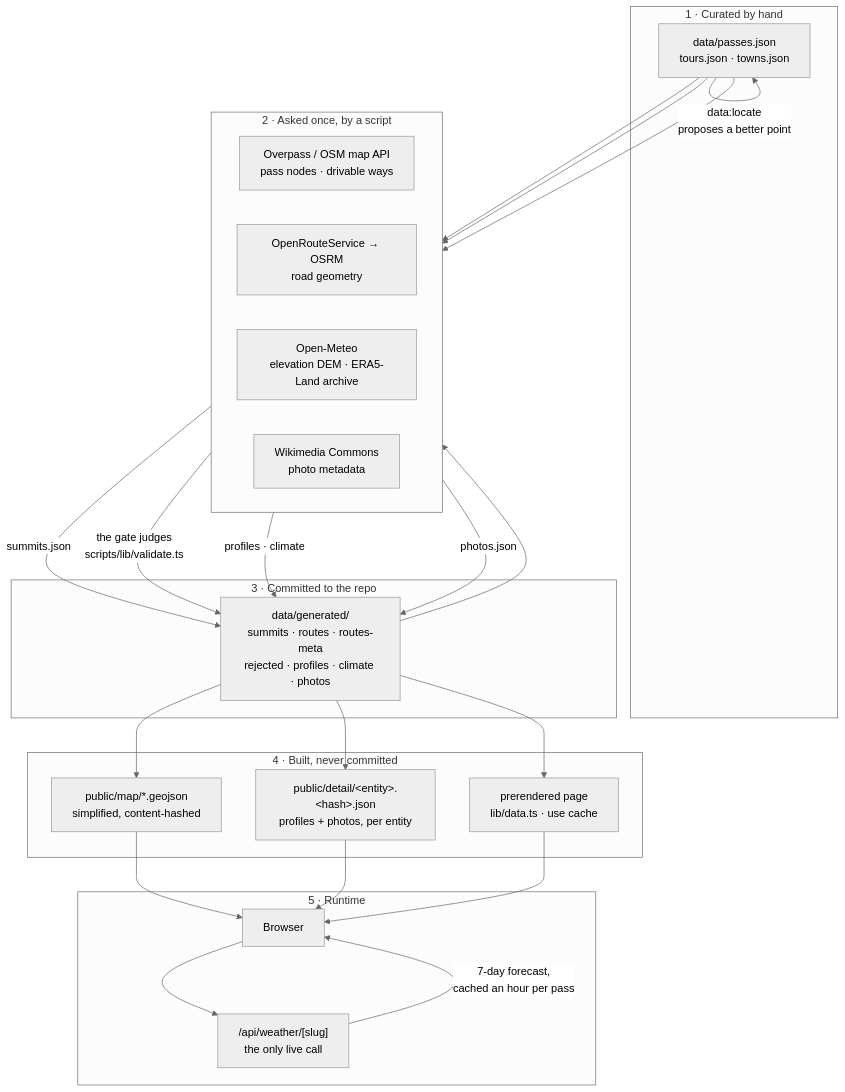
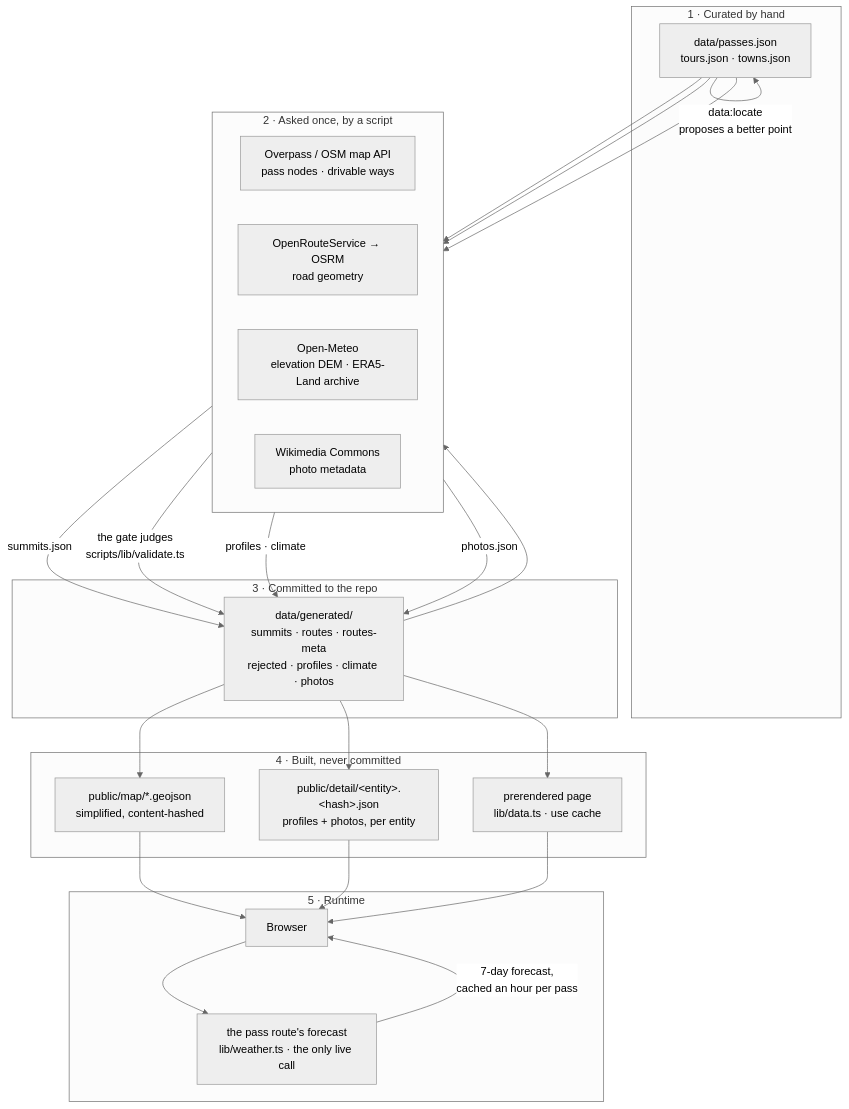
One commit to mdugue/alpen changed the first of 3 diagrams in docs/data-pipeline.md. Above: the diagram before and after it, drawn with Mermaid (neutral theme). The commit also changed 54 other files, not shown here.

````diff
--- a/docs/data-pipeline.md
+++ b/docs/data-pipeline.md
@@ -18,39 +18,39 @@
 ```mermaid
 flowchart TB
   subgraph hand["1 · Curated by hand"]
     P["data/passes.json<br/>tours.json · towns.json"]
   end
 
   subgraph net["2 · Asked once, by a script"]
     direction LR
     OSM["Overpass / OSM map API<br/>pass nodes · drivable ways"]
     RT["OpenRouteService → OSRM<br/>road geometry"]
     OM["Open-Meteo<br/>elevation DEM · ERA5-Land archive"]
     WC["Wikimedia Commons<br/>photo metadata"]
   end
 
   subgraph repo["3 · Committed to the repo"]
     G["data/generated/<br/>summits · routes · routes-meta<br/>rejected · profiles · climate · photos"]
   end
 
   subgraph build["4 · Built, never committed"]
     MA["public/map/*.geojson<br/>simplified, content-hashed"]
     DA["public/detail/&lt;entity&gt;.&lt;hash&gt;.json<br/>profiles + photos, per entity"]
     PR["prerendered page<br/>lib/data.ts · use cache"]
   end
 
   subgraph run["5 · Runtime"]
     B["Browser"]
-    W["/api/weather/[slug]<br/>the only live call"]
+    W["the pass route's forecast<br/>lib/weather.ts · the only live call"]
   end
 
   P -->|"data:locate<br/>proposes a better point"| P
   P --> OSM --> |"summits.json"| G
   P --> RT -->|"the gate judges<br/>scripts/lib/validate.ts"| G
   G --> OM --> |"profiles · climate"| G
   P --> WC --> |"photos.json"| G
   G --> MA --> B
   G --> DA --> B
   G --> PR --> B
   B --> W -->|"7-day forecast,<br/>cached an hour per pass"| B
 ```
````
